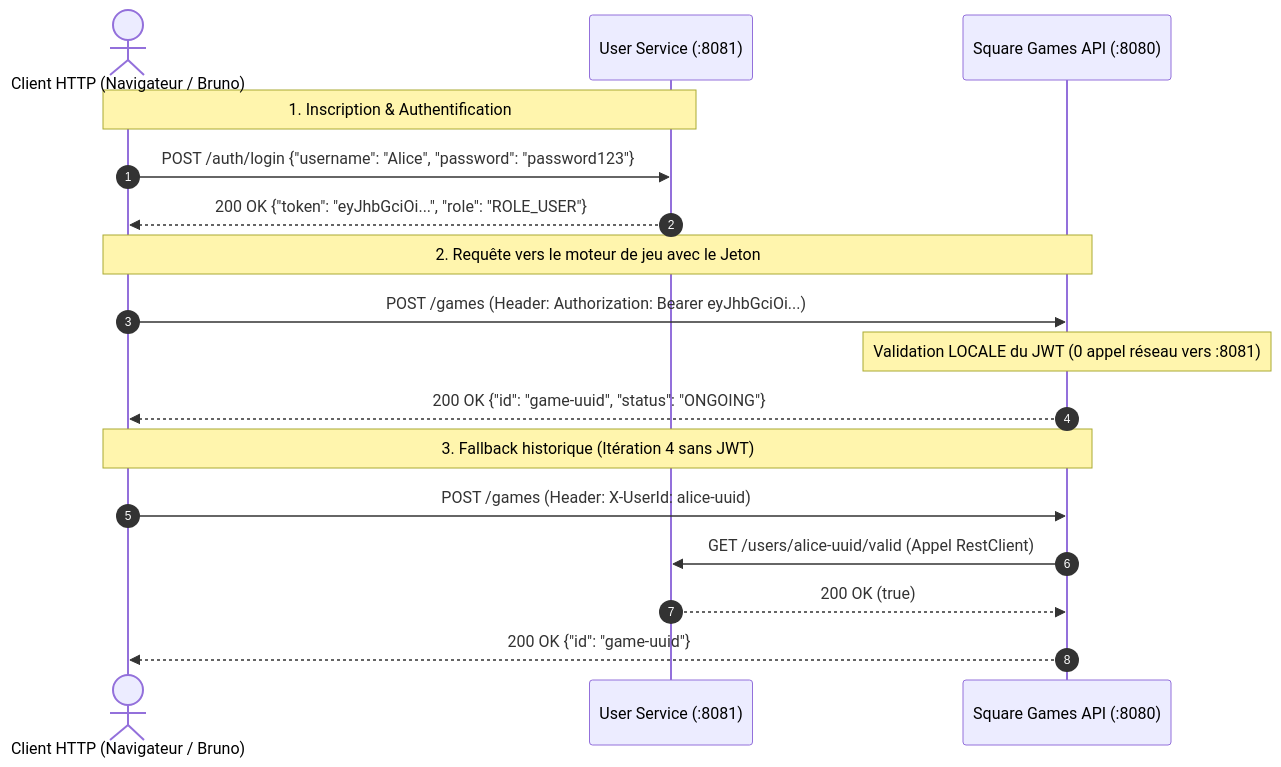
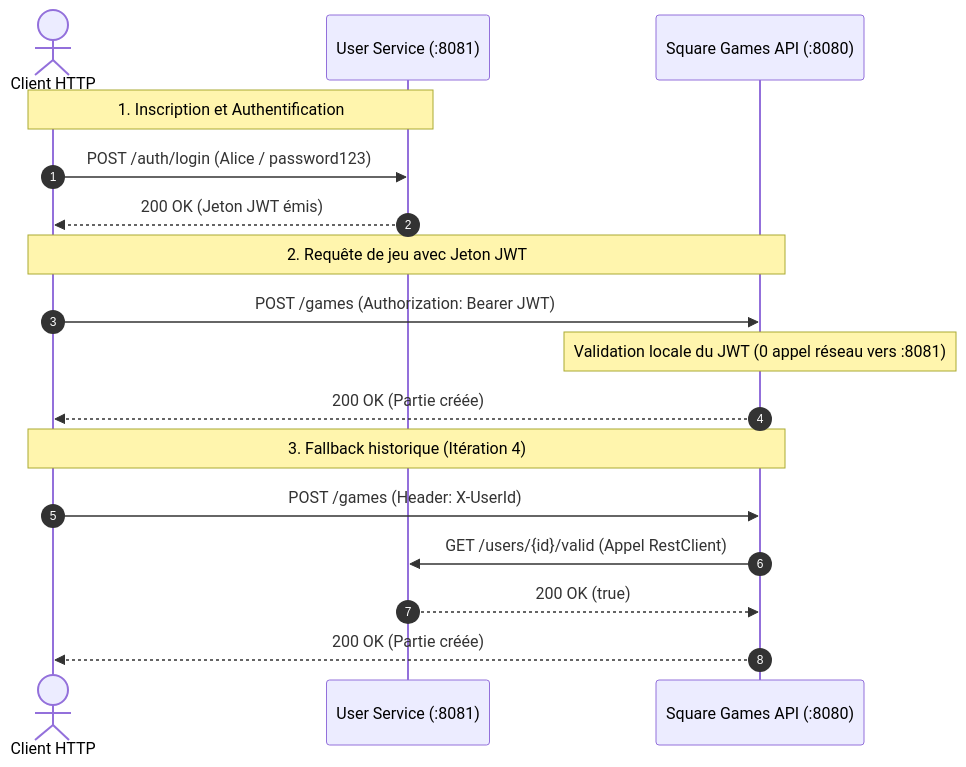
One commit to BSourichanh/JavaSpringApiUsers changed the diagram in README.md. Above: the diagram before and after it, drawn with Mermaid.

Commit message:
fix(docs): repair mermaid sequence diagram syntax in README

````diff
--- a/README.md
+++ b/README.md
@@ -32,22 +32,22 @@
 ```mermaid
 sequenceDiagram
     autonumber
-    actor Joueur as Client HTTP (Navigateur / Bruno)
+    actor Joueur as Client HTTP
     participant Users as User Service (:8081)
     participant Games as Square Games API (:8080)
 
-    Note over Joueur,Users: 1. Inscription & Authentification
-    Joueur->>Users: POST /auth/login {"username": "Alice", "password": "password123"}
-    Users-->>Joueur: 200 OK {"token": "eyJhbGciOi...", "role": "ROLE_USER"}
+    Note over Joueur,Users: 1. Inscription et Authentification
+    Joueur->>Users: POST /auth/login (Alice / password123)
+    Users-->>Joueur: 200 OK (Jeton JWT émis)
 
-    Note over Joueur,Games: 2. Requête vers le moteur de jeu avec le Jeton
-    Joueur->>Games: POST /games (Header: Authorization: Bearer eyJhbGciOi...)
-    Note over Games: Validation LOCALE du JWT (0 appel réseau vers :8081)
-    Games-->>Joueur: 200 OK {"id": "game-uuid", "status": "ONGOING"}
+    Note over Joueur,Games: 2. Requête de jeu avec Jeton JWT
+    Joueur->>Games: POST /games (Authorization: Bearer JWT)
+    Note over Games: Validation locale du JWT (0 appel réseau vers :8081)
+    Games-->>Joueur: 200 OK (Partie créée)
 
-    Note over Joueur,Games: 3. Fallback historique (Itération 4 sans JWT)
-    Joueur->>Games: POST /games (Header: X-UserId: alice-uuid)
-    Games->>Users: GET /users/alice-uuid/valid (Appel RestClient)
+    Note over Joueur,Games: 3. Fallback historique (Itération 4)
+    Joueur->>Games: POST /games (Header: X-UserId)
+    Games->>Users: GET /users/{id}/valid (Appel RestClient)
     Users-->>Games: 200 OK (true)
-    Games-->>Joueur: 200 OK {"id": "game-uuid"}
+    Games-->>Joueur: 200 OK (Partie créée)
 ```
````
